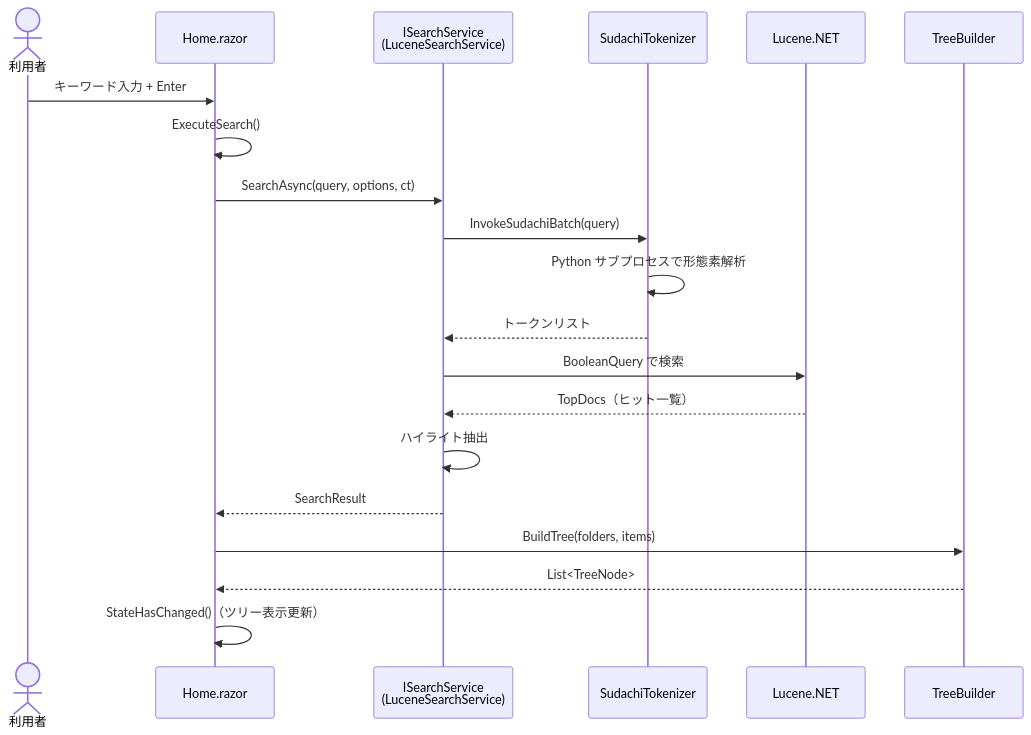
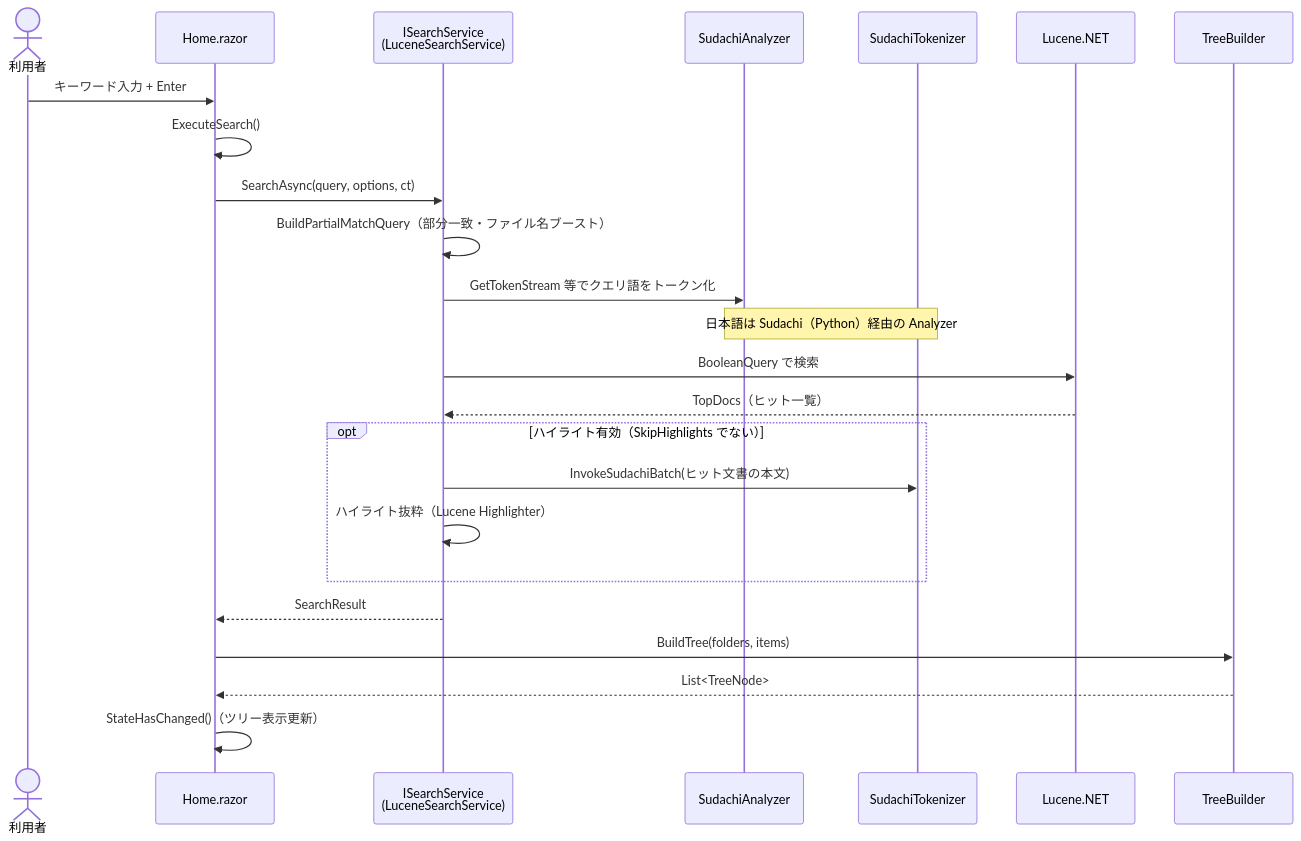
The sixth of 15 diagrams in docs/UML図.md (zndmonya-dot/FileSearchApp-), drawn with Mermaid before and after one commit. The commit also changed other lines of this file and 7 other files, not shown here.

````diff
--- a/docs/UML図.md
+++ b/docs/UML図.md
@@ -427,23 +425,27 @@
 ```mermaid
 sequenceDiagram
     actor User as 利用者
     participant Home as Home.razor
     participant Search as ISearchService<br/>(LuceneSearchService)
+    participant Analyzer as SudachiAnalyzer
     participant Sudachi as SudachiTokenizer
     participant Lucene as Lucene.NET
     participant Tree as TreeBuilder
 
     User->>Home: キーワード入力 + Enter
     Home->>Home: ExecuteSearch()
     Home->>Search: SearchAsync(query, options, ct)
-    Search->>Sudachi: InvokeSudachiBatch(query)
-    Sudachi->>Sudachi: Python サブプロセスで形態素解析
-    Sudachi-->>Search: トークンリスト
+    Search->>Search: BuildPartialMatchQuery（部分一致・ファイル名ブースト）
+    Search->>Analyzer: GetTokenStream 等でクエリ語をトークン化
+    Note over Analyzer,Sudachi: 日本語は Sudachi（Python）経由の Analyzer
     Search->>Lucene: BooleanQuery で検索
     Lucene-->>Search: TopDocs（ヒット一覧）
-    Search->>Search: ハイライト抽出
+    opt ハイライト有効（SkipHighlights でない）
+        Search->>Sudachi: InvokeSudachiBatch(ヒット文書の本文)
+        Search->>Search: ハイライト抜粋（Lucene Highlighter）
+    end
     Search-->>Home: SearchResult
     Home->>Tree: BuildTree(folders, items)
     Tree-->>Home: List<TreeNode>
     Home->>Home: StateHasChanged()（ツリー表示更新）
 ```
````
